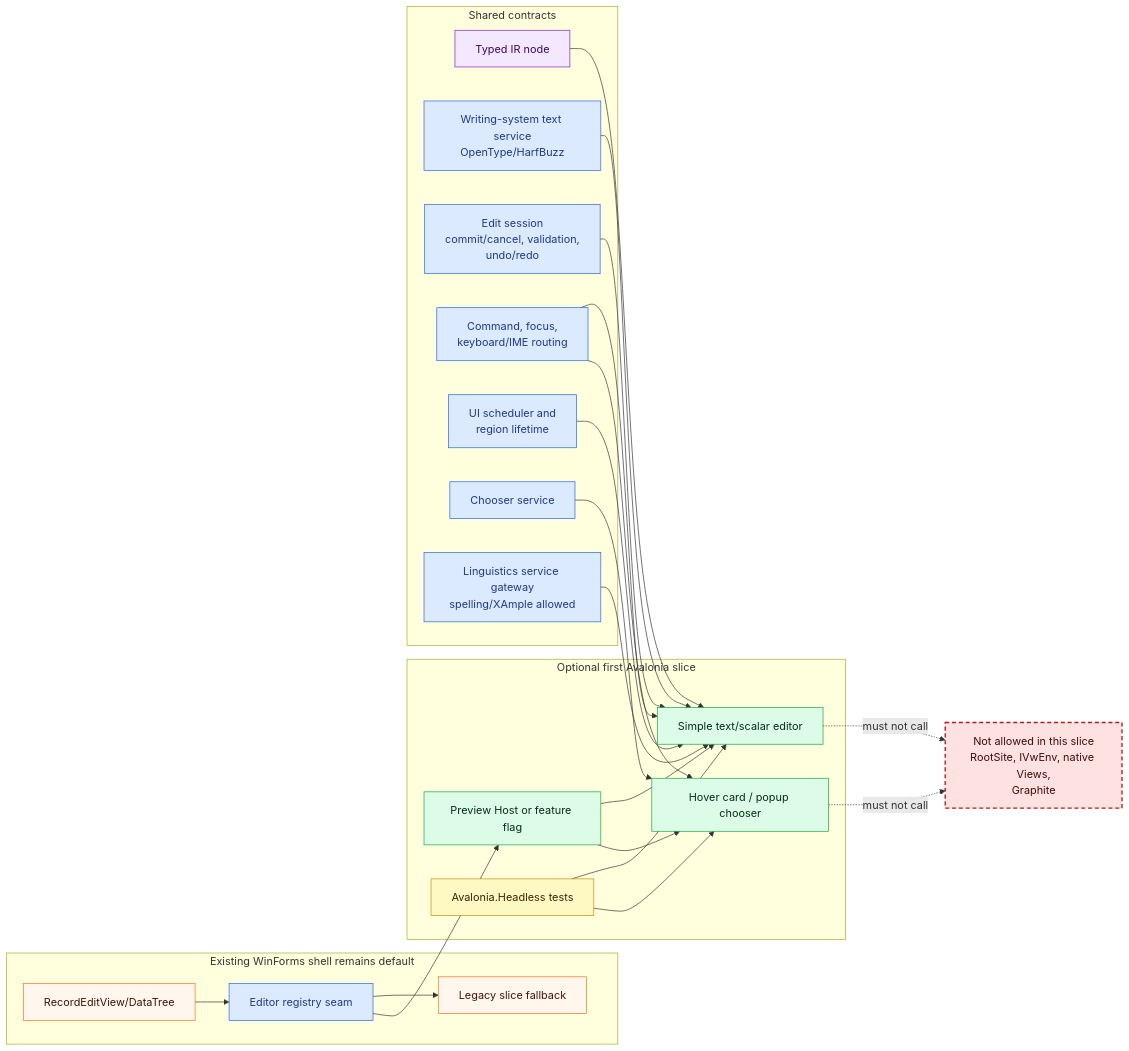
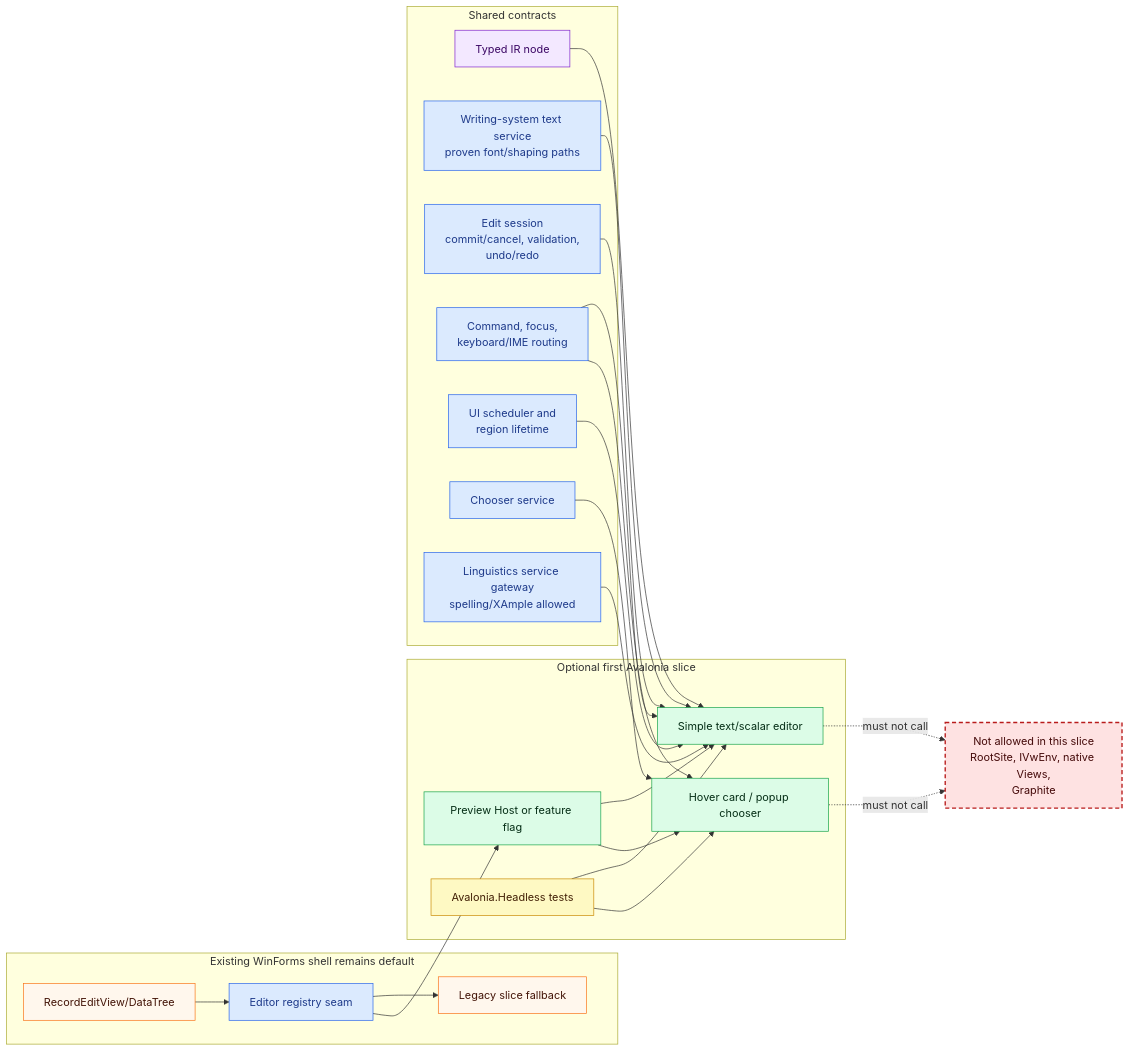
One commit to sillsdev/FieldWorks changed the fourth of 6 diagrams in openspec/changes/lexical-edit-avalonia-migration/architecture-diagrams.md. Above: the diagram before and after it, drawn with Mermaid. The commit also changed other lines of this file and 25 other files, not shown here.

````diff
--- a/openspec/changes/lexical-edit-avalonia-migration/architecture-diagrams.md
+++ b/openspec/changes/lexical-edit-avalonia-migration/architecture-diagrams.md
@@ -184,52 +184,52 @@
 ```mermaid
 flowchart LR
   subgraph LegacyShell["Existing WinForms shell remains default"]
     RecordEdit["RecordEditView/DataTree"]:::legacy
     EditorRegistry["Editor registry seam"]:::port
     LegacySlice["Legacy slice fallback"]:::legacy
   end
 
   subgraph OptionalAvalonia["Optional first Avalonia slice"]
     PreviewHost["Preview Host or feature flag"]:::future
     SimpleEditor["Simple text/scalar editor"]:::future
     Hover["Hover card / popup chooser"]:::future
     Headless["Avalonia.Headless tests"]:::test
   end
 
   subgraph Contracts["Shared contracts"]
     IR["Typed IR node"]:::model
-    Text["Writing-system text service<br/>OpenType/HarfBuzz"]:::port
+    Text["Writing-system text service<br/>proven font/shaping paths"]:::port
     EditSession["Edit session<br/>commit/cancel, validation,<br/>undo/redo"]:::port
     CommandFocus["Command, focus,<br/>keyboard/IME routing"]:::port
     SchedulerLifetime["UI scheduler and<br/>region lifetime"]:::port
     Chooser["Chooser service"]:::port
     Linguistics["Linguistics service gateway<br/>spelling/XAmple allowed"]:::port
   end
 
   Decom["Not allowed in this slice<br/>RootSite, IVwEnv, native Views,<br/>Graphite"]:::decom
 
   RecordEdit --> EditorRegistry
   EditorRegistry --> LegacySlice
   EditorRegistry --> PreviewHost
   PreviewHost --> SimpleEditor
   PreviewHost --> Hover
   IR --> SimpleEditor
   Text --> SimpleEditor
   EditSession --> SimpleEditor
   CommandFocus --> SimpleEditor
   SchedulerLifetime --> SimpleEditor
   CommandFocus --> Hover
   Chooser --> Hover
   Linguistics --> SimpleEditor
   Headless --> SimpleEditor
   Headless --> Hover
   SimpleEditor -. must not call .-> Decom
   Hover -. must not call .-> Decom
 
   classDef model fill:#f3e8ff,stroke:#7e22ce,color:#3b0764;
   classDef port fill:#dbeafe,stroke:#2563eb,color:#1e3a8a;
   classDef future fill:#dcfce7,stroke:#16a34a,color:#052e16;
   classDef legacy fill:#fff7ed,stroke:#f97316,color:#431407;
   classDef test fill:#fef9c3,stroke:#ca8a04,color:#422006;
   classDef decom fill:#fee2e2,stroke:#b91c1c,stroke-width:2px,stroke-dasharray: 6 4,color:#450a0a;
 ```
````
